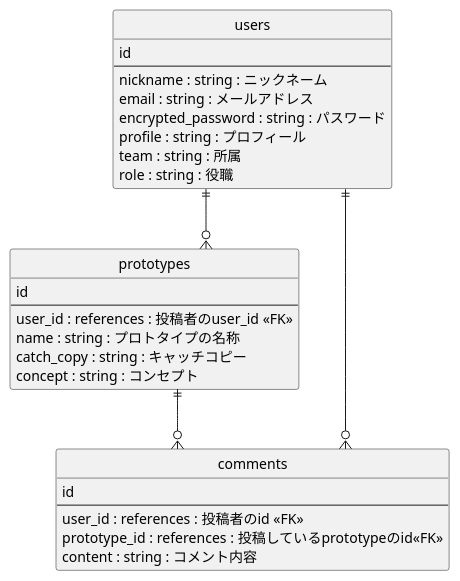
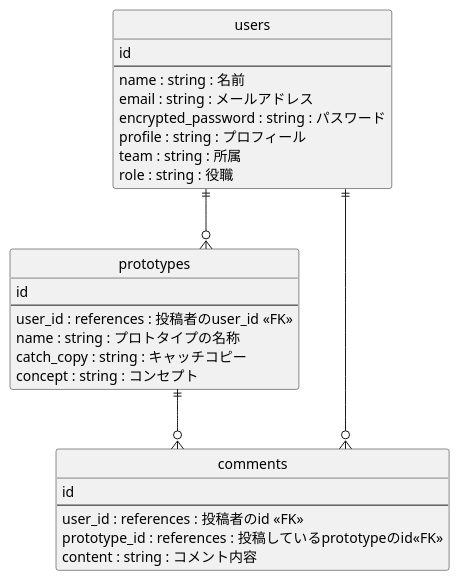
One commit to sugitaku222719/protospace-181-technologypartners changed the diagram in er.plantuml. Above: the diagram before and after it, drawn with PlantUML. The commit also changed 1 other file, not shown here.

Commit message:
ER図の書き換え(nickname→name)

```diff
--- a/er.plantuml
+++ b/er.plantuml
@@ -1,41 +1,41 @@
 @startuml protospace181
 ' hide the spot
 hide circle
 
 ' avoid problems with angled crows feet
 skinparam linetype ortho
 
 entity "prototypes" as prototypes {
   id
   --
   user_id : references : 投稿者のuser_id <<FK>>
   name : string : プロトタイプの名称
   catch_copy : string : キャッチコピー
   concept : string : コンセプト
 }
 
 entity "users" as users {
   id
   --
-  nickname : string : ニックネーム
+  name : string : 名前
   email : string : メールアドレス
   encrypted_password : string : パスワード
   profile : string : プロフィール
   team : string : 所属
   role : string : 役職
 }
 
 entity "comments" as comments {
   id
   --
   user_id : references : 投稿者のid <<FK>>
   prototype_id : references : 投稿しているprototypeのid<<FK>>
   content : string : コメント内容
 }
 
 
 users ||--o{ prototypes
 users ||--o{ comments
 prototypes ||--o{ comments
 
 @enduml
```
